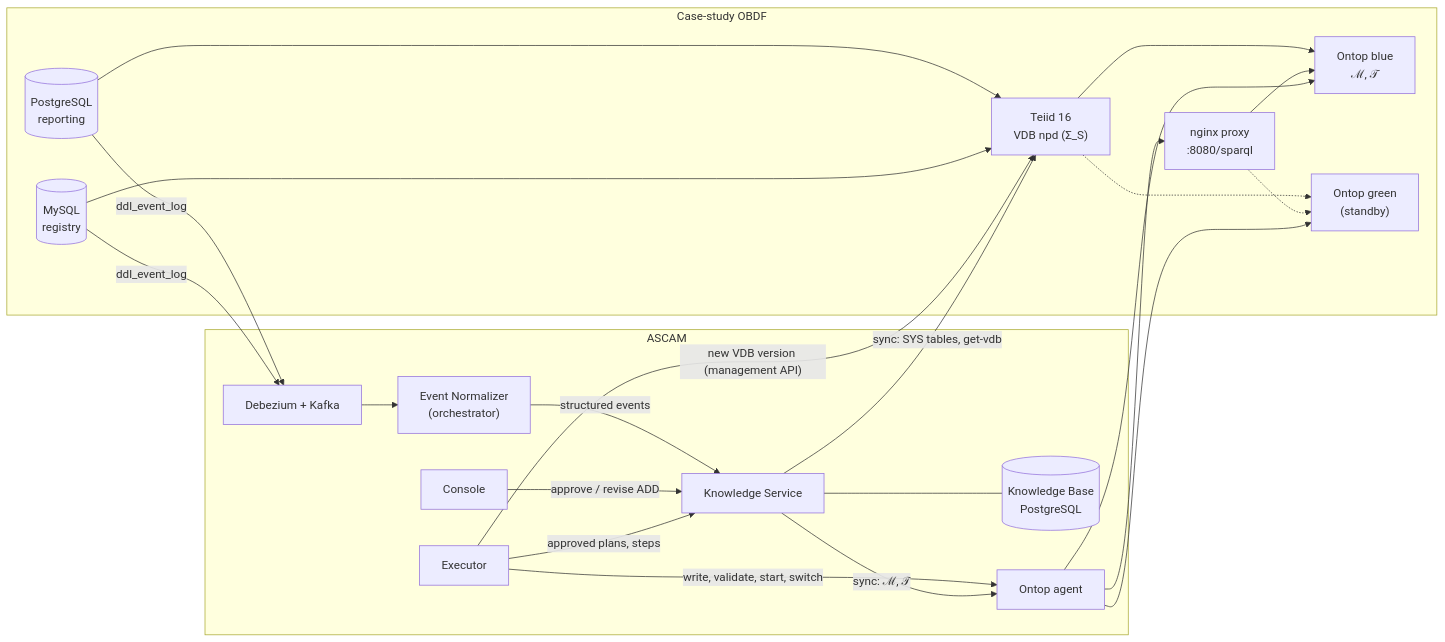
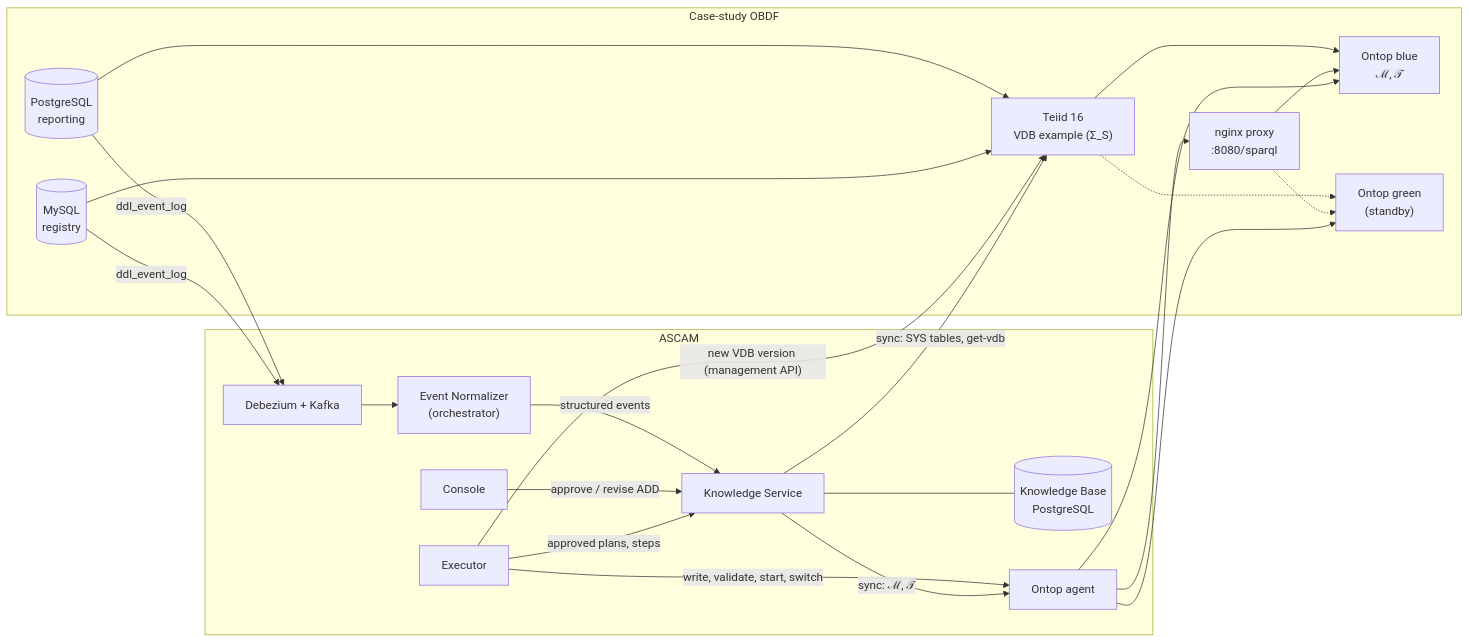
Before and after one commit to rahilaode/data-federation-dev: the diagram in README.md, drawn with Mermaid. The commit also changed other lines of this file and 62 other files, not shown here.

````diff
--- a/README.md
+++ b/README.md
@@ -27,40 +30,40 @@
 ```mermaid
 flowchart LR
     subgraph OBDF["Case-study OBDF"]
         PG[("PostgreSQL<br/>reporting")]
         MY[("MySQL<br/>registry")]
-        TEIID["Teiid 16<br/>VDB npd (Σ_S)"]
+        TEIID["Teiid 16<br/>VDB example (Σ_S)"]
         PROXY["nginx proxy<br/>:8080/sparql"]
         BLUE["Ontop blue<br/>ℳ, 𝒯"]
         GREEN["Ontop green<br/>(standby)"]
         PG --> TEIID
         MY --> TEIID
         TEIID --> BLUE
         TEIID -.-> GREEN
         PROXY --> BLUE
         PROXY -.-> GREEN
     end
     subgraph ASCAM
         DBZ["Debezium + Kafka"]
         EN["Event Normalizer<br/>(orchestrator)"]
         KS["Knowledge Service"]
         KB[("Knowledge Base<br/>PostgreSQL")]
         EX["Executor"]
         AG["Ontop agent"]
         UI["Console"]
     end
     PG -- "ddl_event_log" --> DBZ
     MY -- "ddl_event_log" --> DBZ
     DBZ --> EN
     EN -- "structured events" --> KS
     KS --- KB
     UI -- "approve / revise ADD" --> KS
     EX -- "approved plans, steps" --> KS
     EX -- "new VDB version (management API)" --> TEIID
     EX -- "write, validate, start, switch" --> AG
     AG --> BLUE
     AG --> GREEN
     AG --> PROXY
     KS -- "sync: SYS tables, get-vdb" --> TEIID
     KS -- "sync: ℳ, 𝒯" --> AG
 ```
````
